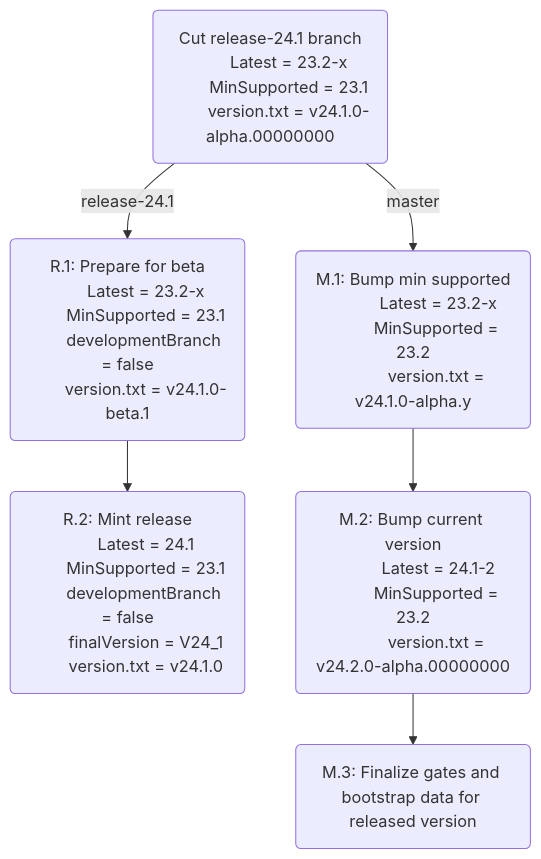
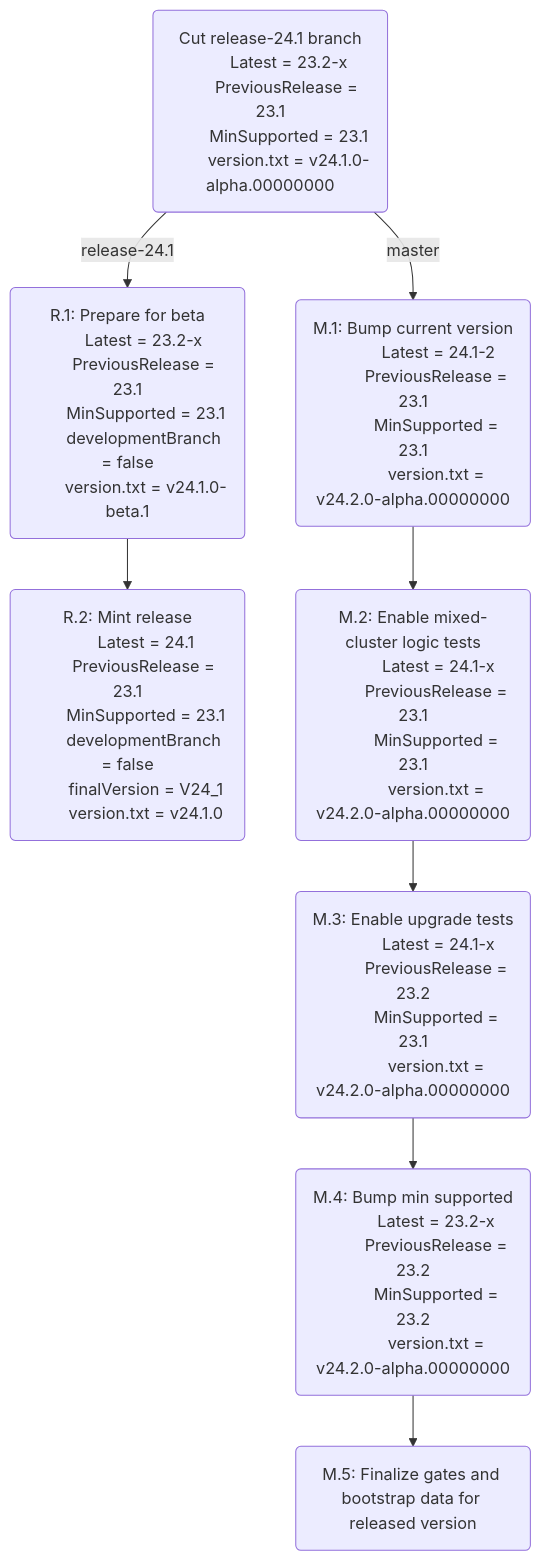
The diagram in pkg/clusterversion/README.md (cockroachdb/cockroach), drawn with Mermaid before and after one commit. The commit also changed other lines of this file, not shown here.

````diff
--- a/pkg/clusterversion/README.md
+++ b/pkg/clusterversion/README.md
@@ -19,43 +19,63 @@
 ```mermaid
 graph TD;
   base("Cut release-24.1 branch
         Latest = 23.2-x
+        PreviousRelease = 23.1
         MinSupported = 23.1
         version.txt = v24.1.0-alpha.00000000")
     
   base -- release-24.1 --> rel1
   
   rel1("R.1: Prepare for beta
-        Latest = 23.2-x
+        Latest = 23.2-x 
+        PreviousRelease = 23.1
         MinSupported = 23.1
         developmentBranch = false
         version.txt = v24.1.0-beta.1")
   
   rel1 --> rel2
   
   rel2("R.2: Mint release
         Latest = 24.1
+        PreviousRelease = 23.1
         MinSupported = 23.1
         developmentBranch = false
         finalVersion = V24_1
         version.txt = v24.1.0")
 
-
   base -- master --> master1
   
-  master1("M.1: Bump min supported
-           Latest = 23.2-x
-           MinSupported = 23.2
-           version.txt = v24.1.0-alpha.y")
-            
+  master1("M.1: Bump current version
+           Latest = 24.1-2
+           PreviousRelease = 23.1
+           MinSupported = 23.1
+           version.txt = v24.2.0-alpha.00000000")
+           
   master1 --> master2
-    
-  master2("M.2: Bump current version
-           Latest = 24.1-2
-           MinSupported = 23.2
+  
+  master2("M.2: Enable mixed-cluster logic tests
+           Latest = 24.1-x
+           PreviousRelease = 23.1
+           MinSupported = 23.1
            version.txt = v24.2.0-alpha.00000000")
             
   master2 --> master3
-            
-  master3(M.3: Finalize gates and bootstrap data for released version)
+  
+  master3("M.3: Enable upgrade tests
+           Latest = 24.1-x
+           PreviousRelease = 23.2
+           MinSupported = 23.1
+           version.txt = v24.2.0-alpha.00000000")
+           
+  master3 --> master4
+  
+  master4("M.4: Bump min supported
+           Latest = 23.2-x 
+           PreviousRelease = 23.2
+           MinSupported = 23.2
+           version.txt = v24.2.0-alpha.00000000")
+
+  master4 --> master5
+
+  master5(M.5: Finalize gates and bootstrap data for released version)
 ```
````
